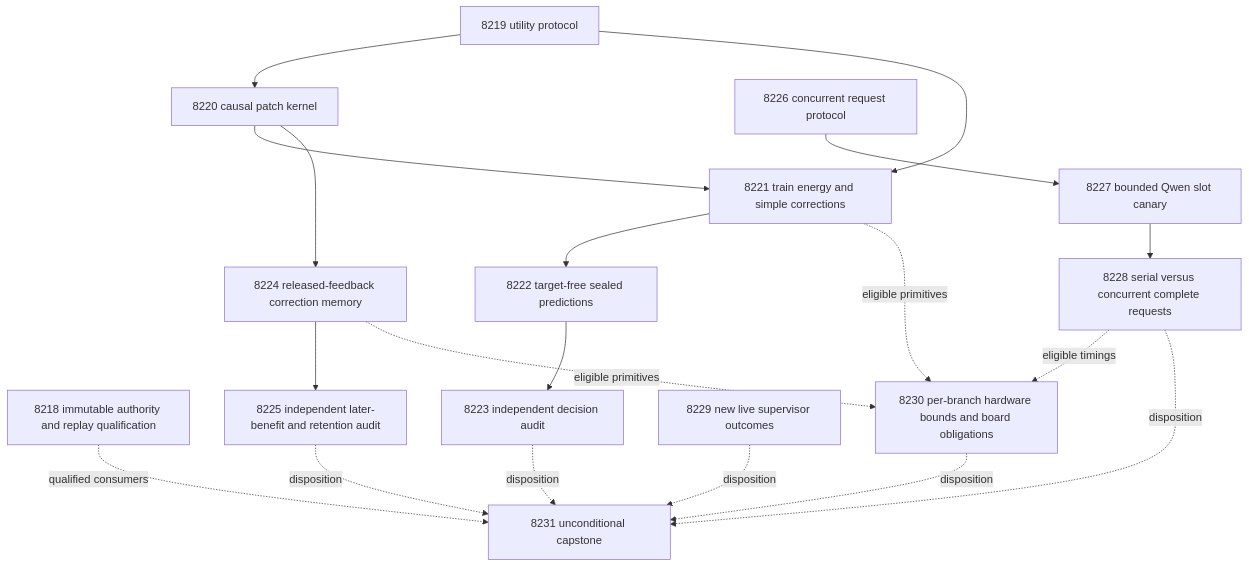
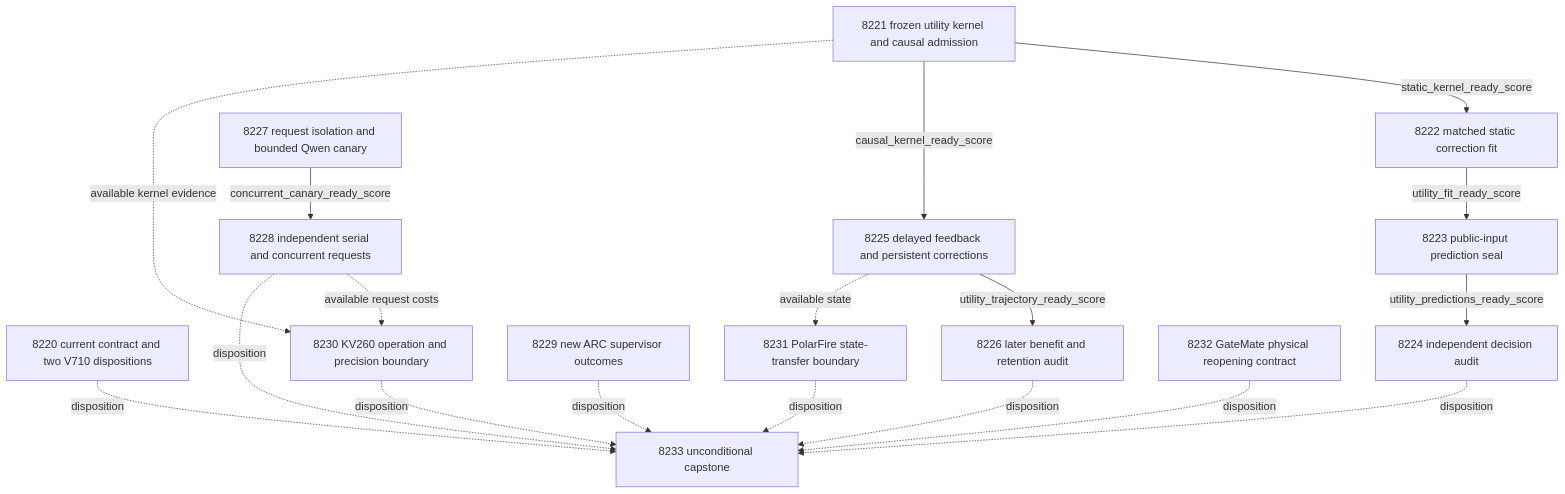
Before and after one commit to Carnot-EBM/carnot-ebm: the diagram in openspec/change-proposals/research-roadmap-vNEXT.md, drawn with Mermaid. The commit also changed other lines of this file and 15 other files, not shown here.

````diff
--- a/openspec/change-proposals/research-roadmap-vNEXT.md
+++ b/openspec/change-proposals/research-roadmap-vNEXT.md
@@ -99,31 +84,34 @@
 ```mermaid
 flowchart TD
-  A[8218 immutable authority and replay qualification]
-  M[8219 utility protocol]
-  K[8220 causal patch kernel]
-  F[8221 train energy and simple corrections]
-  P[8222 target-free sealed predictions]
-  V[8223 independent decision audit]
-  L[8224 released-feedback correction memory]
-  R[8225 independent later-benefit and retention audit]
-  Q[8226 concurrent request protocol]
-  C[8227 bounded Qwen slot canary]
-  B[8228 serial versus concurrent complete requests]
-  S[8229 new live supervisor outcomes]
-  H[8230 per-branch hardware bounds and board obligations]
-  X[8231 unconditional capstone]
-  M --> K
-  M --> F
-  K --> F --> P --> V
-  K --> L --> R
-  Q --> C --> B
-  F -. eligible primitives .-> H
-  L -. eligible primitives .-> H
-  B -. eligible timings .-> H
-  A -. qualified consumers .-> X
+  A[8220 current contract and two V710 dispositions]
+  K[8221 frozen utility kernel and causal admission]
+  F[8222 matched static correction fit]
+  S[8223 public-input prediction seal]
+  H1[8224 independent decision audit]
+  L[8225 delayed feedback and persistent corrections]
+  H2[8226 later benefit and retention audit]
+  C[8227 request isolation and bounded Qwen canary]
+  T[8228 independent serial and concurrent requests]
+  R[8229 new ARC supervisor outcomes]
+  V[8230 KV260 operation and precision boundary]
+  P[8231 PolarFire state-transfer boundary]
+  G[8232 GateMate physical reopening contract]
+  X[8233 unconditional capstone]
+  K -->|static_kernel_ready_score| F
+  F -->|utility_fit_ready_score| S
+  S -->|utility_predictions_ready_score| H1
+  K -->|causal_kernel_ready_score| L
+  L -->|utility_trajectory_ready_score| H2
+  C -->|concurrent_canary_ready_score| T
+  K -. available kernel evidence .-> V
+  L -. available state .-> P
+  T -. available request costs .-> V
+  A -. disposition .-> X
+  H1 -. disposition .-> X
+  H2 -. disposition .-> X
+  T -. disposition .-> X
+  R -. disposition .-> X
   V -. disposition .-> X
-  R -. disposition .-> X
-  B -. disposition .-> X
-  S -. disposition .-> X
-  H -. disposition .-> X
+  P -. disposition .-> X
+  G -. disposition .-> X
 ```
````
